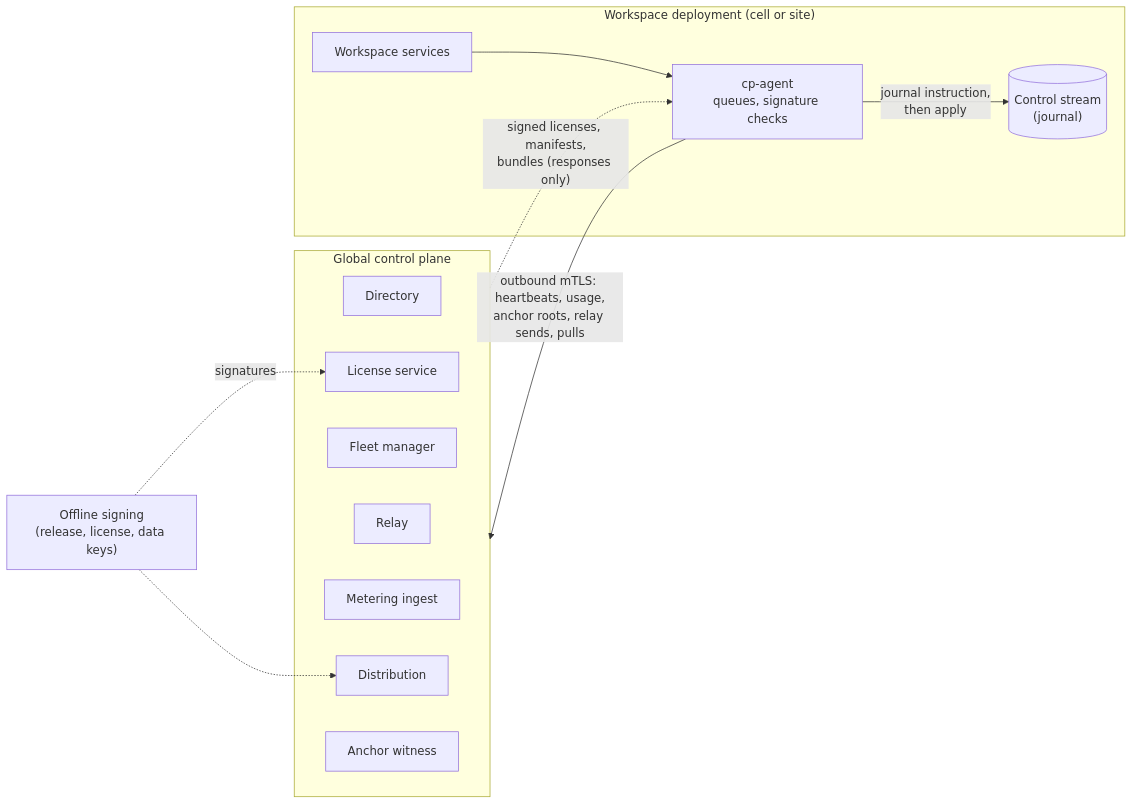
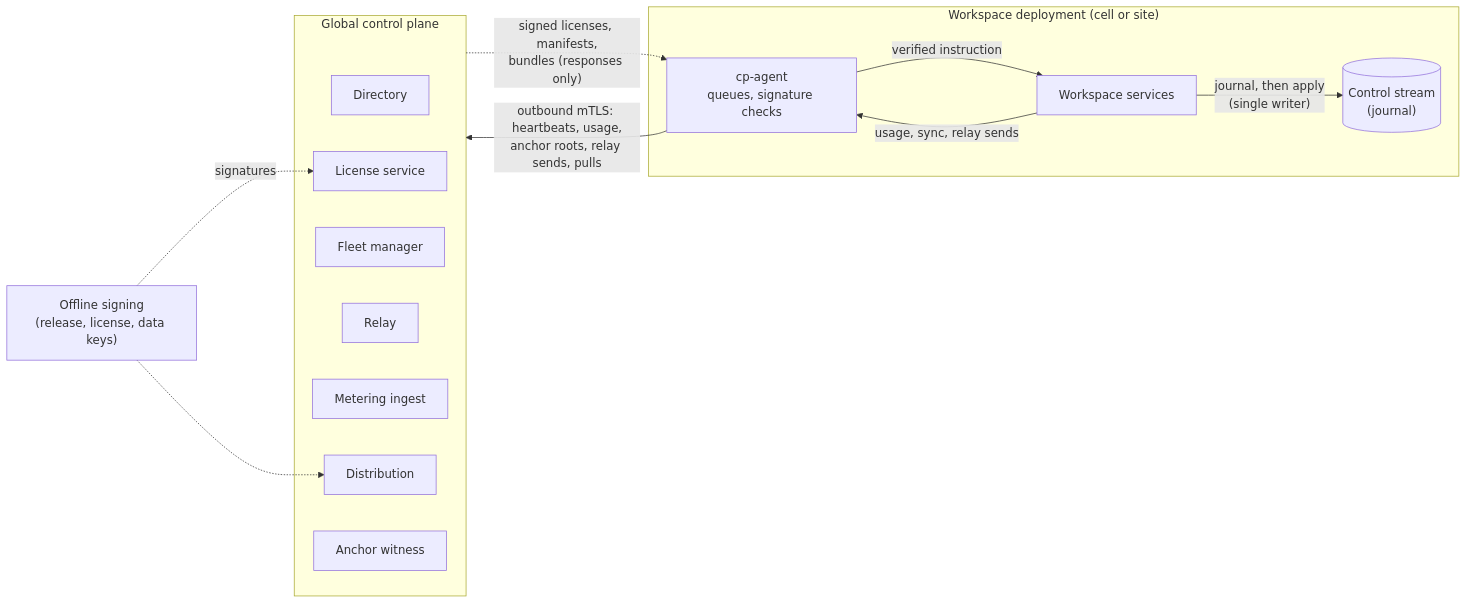
The diagram in docs/design/control-plane.md (kunwarshivam/mandate), drawn with Mermaid before and after one commit. The commit also changed other lines of this file and 3 other files, not shown here.

````diff
--- a/docs/design/control-plane.md
+++ b/docs/design/control-plane.md
@@ -125,24 +134,25 @@
 ```mermaid
 flowchart LR
     subgraph GCP["Global control plane"]
         dir["Directory"]
         lic["License service"]
         fleet["Fleet manager"]
         relay["Relay"]
         meter["Metering ingest"]
         dist["Distribution"]
         wit["Anchor witness"]
     end
     subgraph SITE["Workspace deployment (cell or site)"]
         cpa["cp-agent<br/>queues, signature checks"]
         ctl[("Control stream<br/>(journal)")]
         ws["Workspace services"]
     end
     sign["Offline signing<br/>(release, license, data keys)"]
     cpa -->|"outbound mTLS: heartbeats, usage,<br/>anchor roots, relay sends, pulls"| GCP
     GCP -.->|"signed licenses, manifests,<br/>bundles (responses only)"| cpa
-    cpa -->|"journal instruction,<br/>then apply"| ctl
-    ws --> cpa
+    cpa -->|"verified instruction"| ws
+    ws -->|"journal, then apply<br/>(single writer)"| ctl
+    ws -->|"usage, sync, relay sends"| cpa
     sign -.->|"signatures"| lic
     sign -.-> dist
 ```
````
